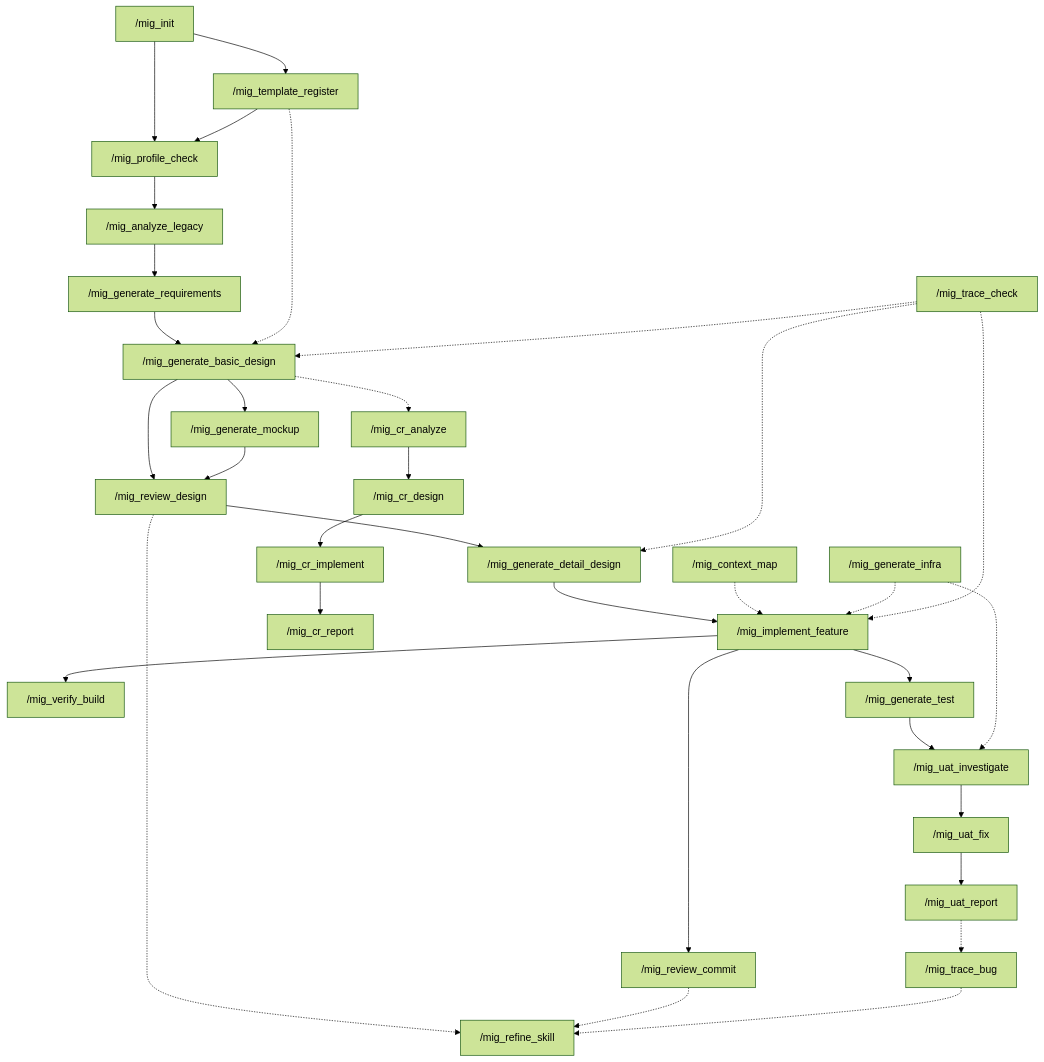
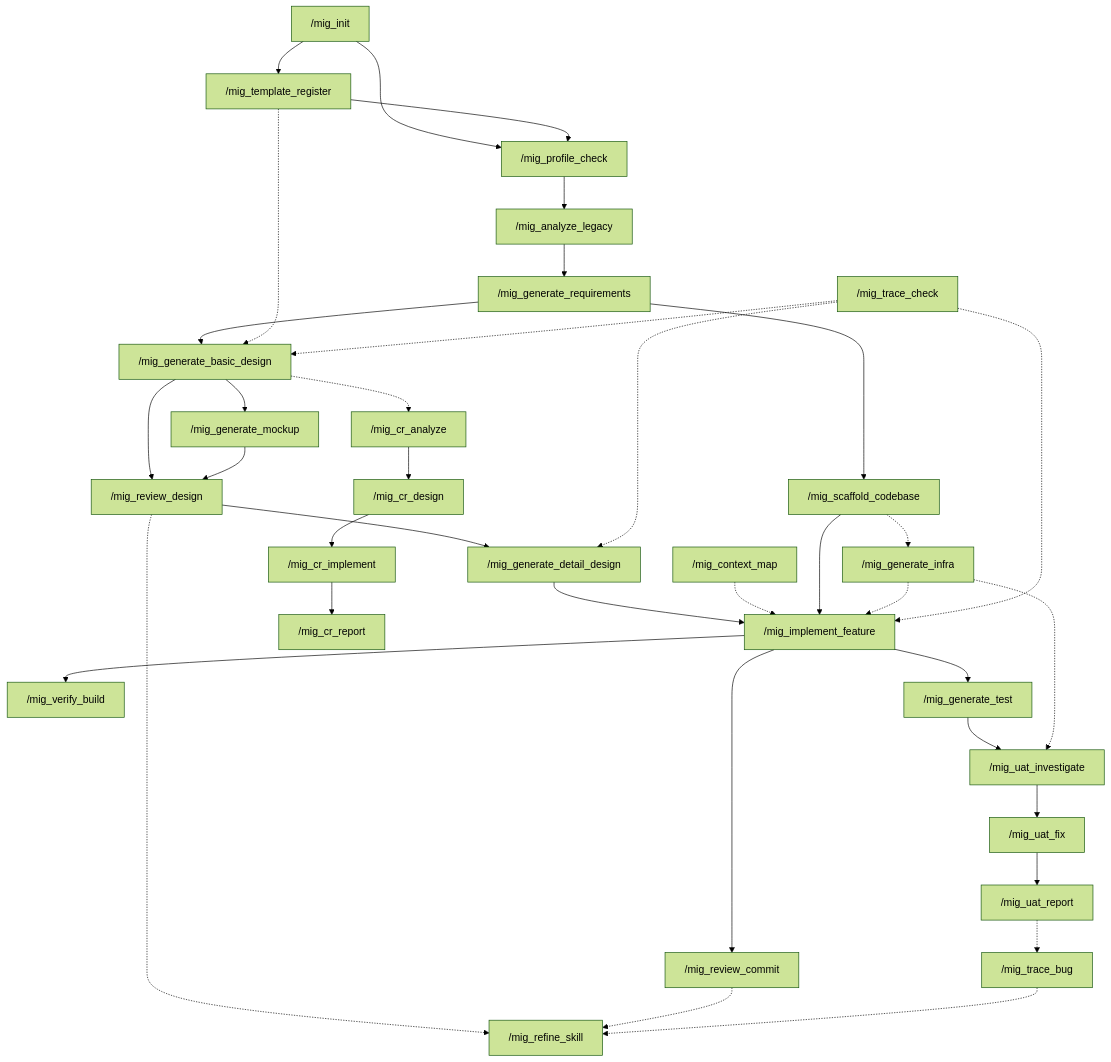
One commit to kaitondt/ai-pack changed the diagram in migration-standard/COMMAND-FLOW.md. Above: the diagram before and after it, drawn with Mermaid (forest theme). The commit also changed other lines of this file and 16 other files, not shown here.

````diff
--- a/migration-standard/COMMAND-FLOW.md
+++ b/migration-standard/COMMAND-FLOW.md
@@ -66,35 +67,38 @@
 ```mermaid
 flowchart TD
   INIT["/mig_init"] --> TR["/mig_template_register"]
   INIT --> PC["/mig_profile_check"]
   TR --> PC
   PC --> P0["/mig_analyze_legacy"]
   P0 --> P1["/mig_generate_requirements"]
   P1 --> P2["/mig_generate_basic_design"]
   P2 --> MU["/mig_generate_mockup"]
   P2 --> RD["/mig_review_design"]
   MU --> RD
   RD --> P3["/mig_generate_detail_design"]
   P3 --> P4["/mig_implement_feature"]
   P4 --> VB["/mig_verify_build"]
   P4 --> RC["/mig_review_commit"]
   P4 --> P5["/mig_generate_test"]
   P5 --> P7["/mig_uat_investigate"]
   P7 --> UF["/mig_uat_fix"]
   UF --> UR["/mig_uat_report"]
   CRA["/mig_cr_analyze"] --> CRD["/mig_cr_design"]
   CRD --> CRI["/mig_cr_implement"]
   CRI --> CRR["/mig_cr_report"]
   P2 -.-> CRA
   CM["/mig_context_map"] -.-> P4
+  P1 --> SK["/mig_scaffold_codebase"]
+  SK --> P4
+  SK -.-> INF
   INF["/mig_generate_infra"] -.-> P4
   INF -.-> P7
   TR -.-> P2
   RD -.-> RS["/mig_refine_skill"]
   RC -.-> RS
   TC["/mig_trace_check"] -.-> P2
   TC -.-> P3
   TC -.-> P4
   UR -.-> TB["/mig_trace_bug"]
   TB -.-> RS
 ```
````
